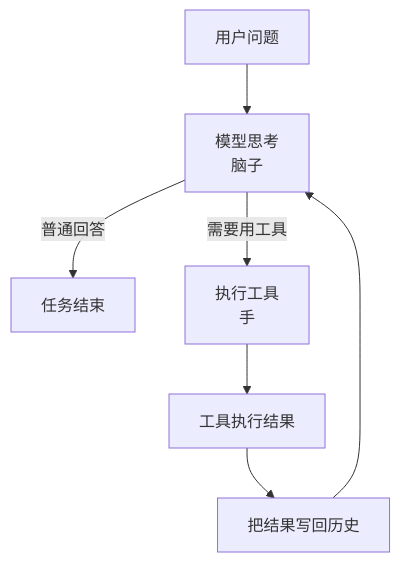
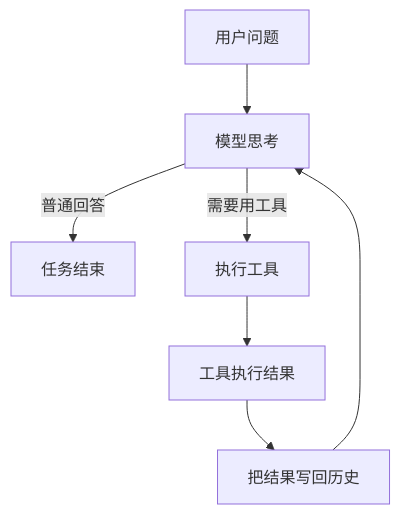
One commit to qychen2001/blog changed the first of 2 diagrams in content/post/learn-claude-code/index.md. Above: the diagram before and after it, drawn with Mermaid. The commit also changed other lines of this file, not shown here.

````diff
--- a/content/post/learn-claude-code/index.md
+++ b/content/post/learn-claude-code/index.md
@@ -58,9 +58,9 @@
 ```mermaid
 flowchart TD
-    A[用户问题] --> B[模型思考<br/>脑子]
+    A[用户问题] --> B[模型思考]
     B -->|普通回答| C[任务结束]
-    B -->|需要用工具| D[执行工具<br/>手]
+    B -->|需要用工具| D[执行工具]
     D --> E[工具执行结果]
     E --> F[把结果写回历史]
     F --> B
 ```
````
